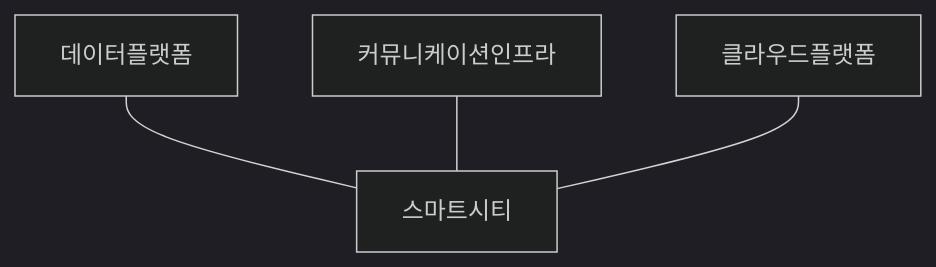
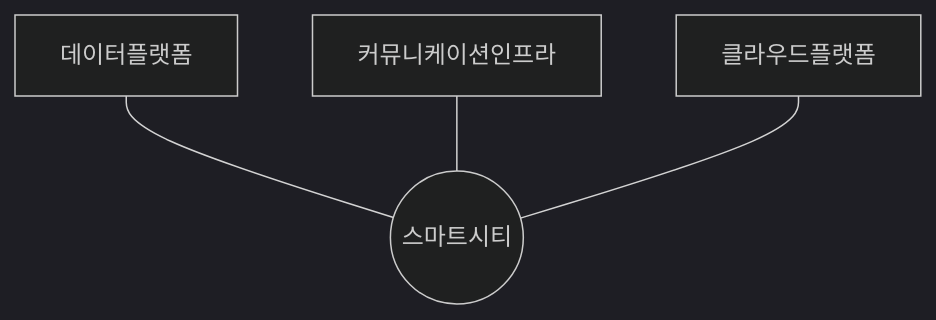
Before and after one commit to gracefullight/gracefullight.github.io: the diagram in blog/pe/conv/스마트시티-서비스-활성화-방안.md, drawn with Mermaid (dark theme). The commit also changed other lines of this file and 17 other files, not shown here.

````diff
--- a/blog/pe/conv/스마트시티-서비스-활성화-방안.md
+++ b/blog/pe/conv/스마트시티-서비스-활성화-방안.md
@@ -15,6 +15,7 @@
 ```mermaid
 graph TB
+  스마트시티((스마트시티))
   데이터플랫폼 --- 스마트시티
   커뮤니케이션인프라 --- 스마트시티
   클라우드플랫폼 --- 스마트시티
 ```
````
